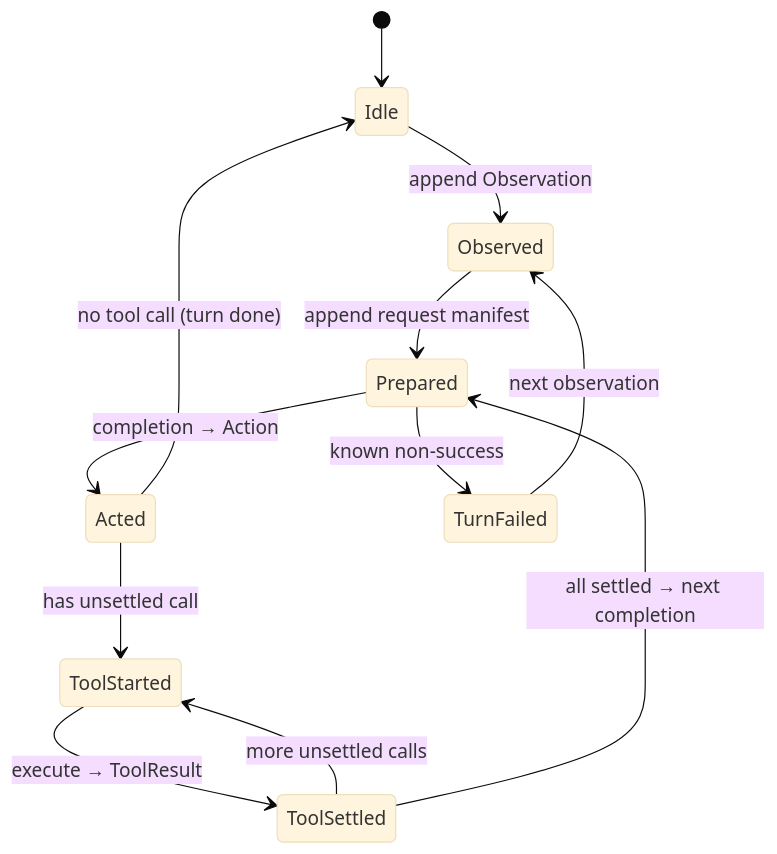
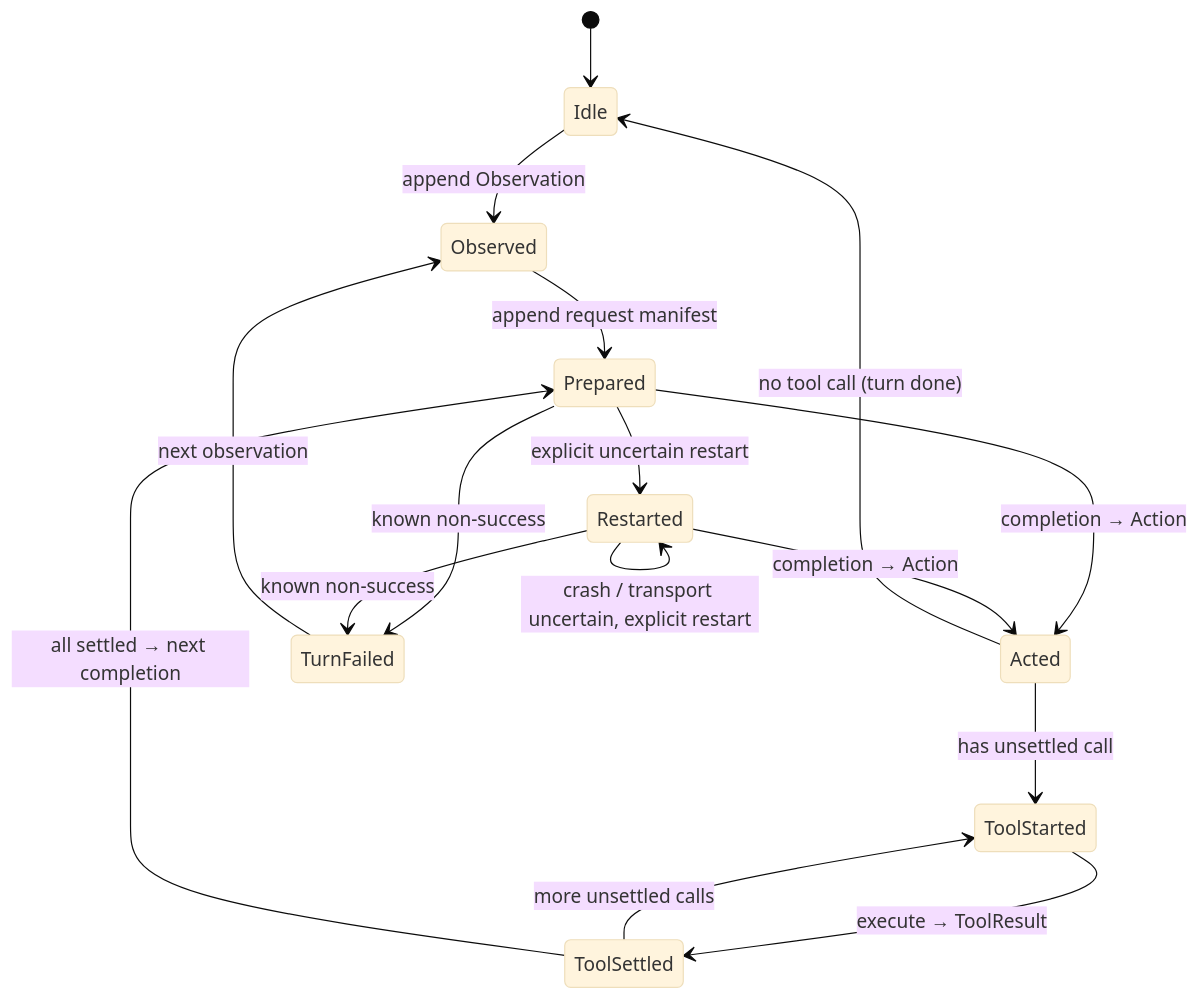
One commit to Atelia-org/atelia changed the diagram in docs/SessionJournal/session-journal-trunk-design.md. Above: the diagram before and after it, drawn with Mermaid (base theme). The commit also changed other lines of this file and 2 other files, not shown here.

````diff
--- a/docs/SessionJournal/session-journal-trunk-design.md
+++ b/docs/SessionJournal/session-journal-trunk-design.md
@@ -80,14 +81,18 @@
 ```mermaid
 stateDiagram-v2
     [*] --> Idle
     Idle --> Observed: append Observation
     Observed --> Prepared: append request manifest
     Prepared --> Acted: completion → Action
     Prepared --> TurnFailed: known non-success
+    Prepared --> Restarted: explicit uncertain restart
+    Restarted --> Restarted: crash / transport uncertain, explicit restart
+    Restarted --> Acted: completion → Action
+    Restarted --> TurnFailed: known non-success
     TurnFailed --> Observed: next observation
     Acted --> ToolStarted: has unsettled call
     Acted --> Idle: no tool call (turn done)
     ToolStarted --> ToolSettled: execute → ToolResult
     ToolSettled --> ToolStarted: more unsettled calls
     ToolSettled --> Prepared: all settled → next completion
 ```
````
